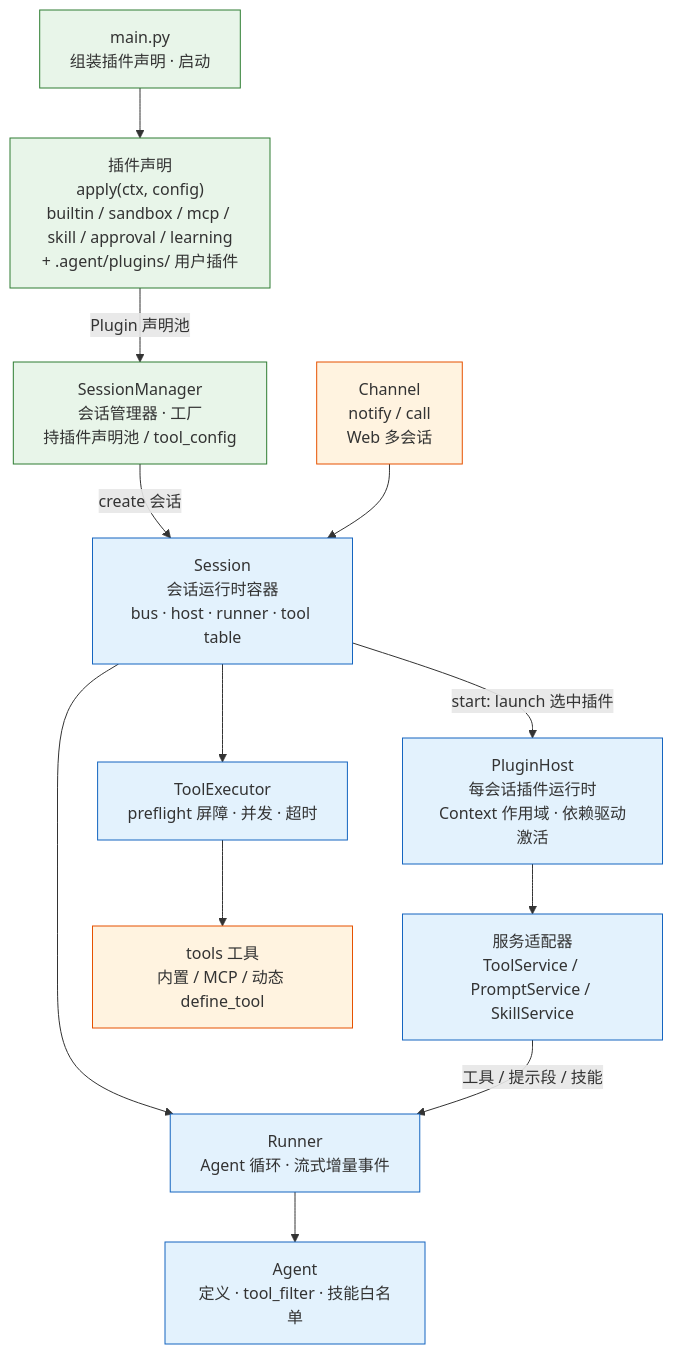
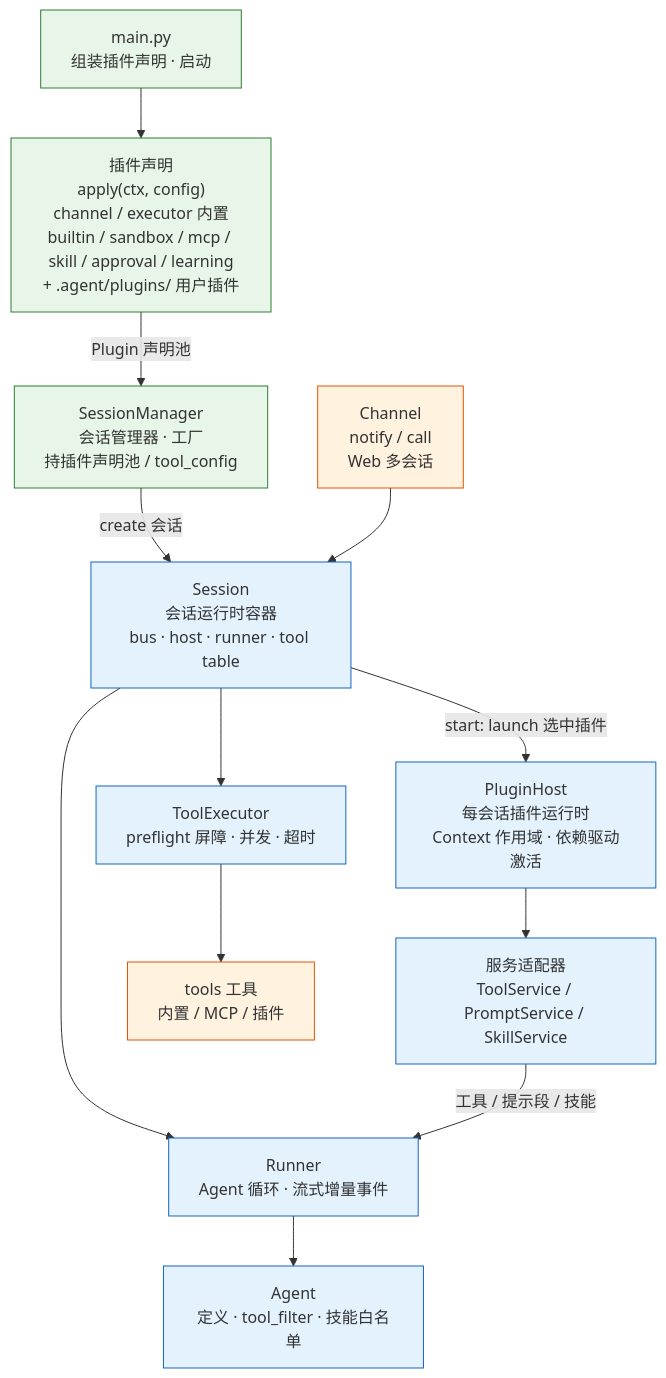
One commit to yishenzhu/walle changed the first of 2 diagrams in README.md. Above: the diagram before and after it, drawn with Mermaid. The commit also changed other lines of this file and 45 other files, not shown here.

First line of the commit message:
refactor: 插件运行时收口，channel/executor 内置、配置按插件注入

````diff
--- a/README.md
+++ b/README.md
@@ -53,33 +53,33 @@
 ```mermaid
 flowchart TD
     Main["main.py<br/>组装插件声明 · 启动"]
-    Plugins["插件声明<br/>apply(ctx, config)<br/>builtin / sandbox / mcp / skill / approval / learning<br/>+ .agent/plugins/ 用户插件"]
+    Plugins["插件声明<br/>apply(ctx, config)<br/>channel / executor 内置<br/>builtin / sandbox / mcp / skill / approval / learning<br/>+ .agent/plugins/ 用户插件"]
     SessionManager["SessionManager<br/>会话管理器 · 工厂<br/>持插件声明池 / tool_config"]
     S["Session<br/>会话运行时容器<br/>bus · host · runner · tool table"]
     Host["PluginHost<br/>每会话插件运行时<br/>Context 作用域 · 依赖驱动激活"]
     Services["服务适配器<br/>ToolService / PromptService / SkillService"]
     R["Runner<br/>Agent 循环 · 流式增量事件"]
     E["ToolExecutor<br/>preflight 屏障 · 并发 · 超时"]
     A["Agent<br/>定义 · tool_filter · 技能白名单"]
-    T["tools 工具<br/>内置 / MCP / 动态 define_tool"]
+    T["tools 工具<br/>内置 / MCP / 插件"]
     Ch["Channel<br/>notify / call<br/>Web 多会话"]
 
     Main --> Plugins
     Plugins -->|Plugin 声明池| SessionManager
     SessionManager -->|create 会话| S
     S -->|start: launch 选中插件| Host
     Host --> Services
     S --> R
     S --> E
     R --> A
     E --> T
     Services -->|工具 / 提示段 / 技能| R
     Ch --> S
 
     classDef entry fill:#e8f5e9,stroke:#2e7d32
     classDef core fill:#e3f2fd,stroke:#1565c0
     classDef tool fill:#fff3e0,stroke:#e65100
     class Main,Plugins,SessionManager entry
     class S,Host,Services,R,E,A core
     class T,Ch tool
 ```
````
